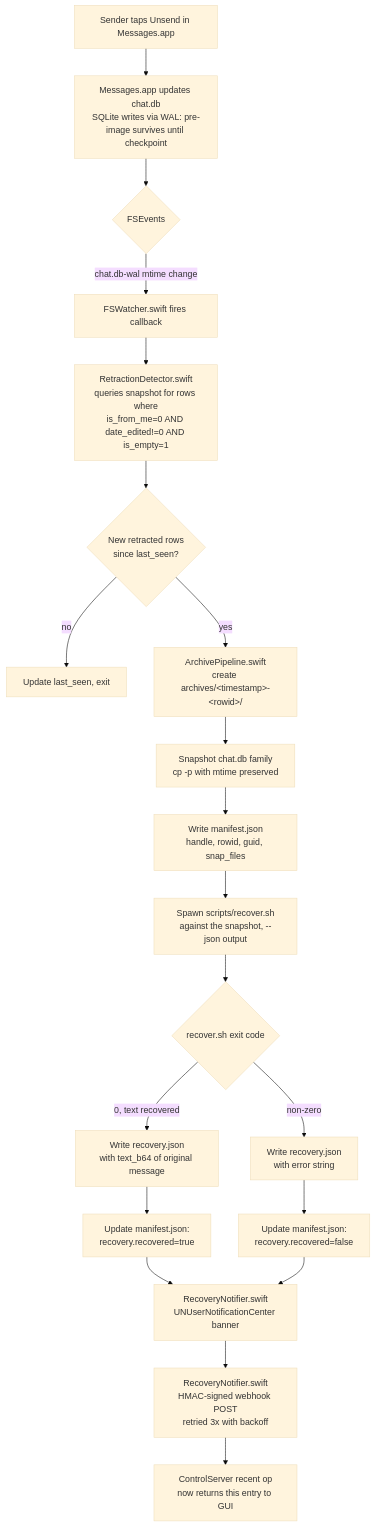
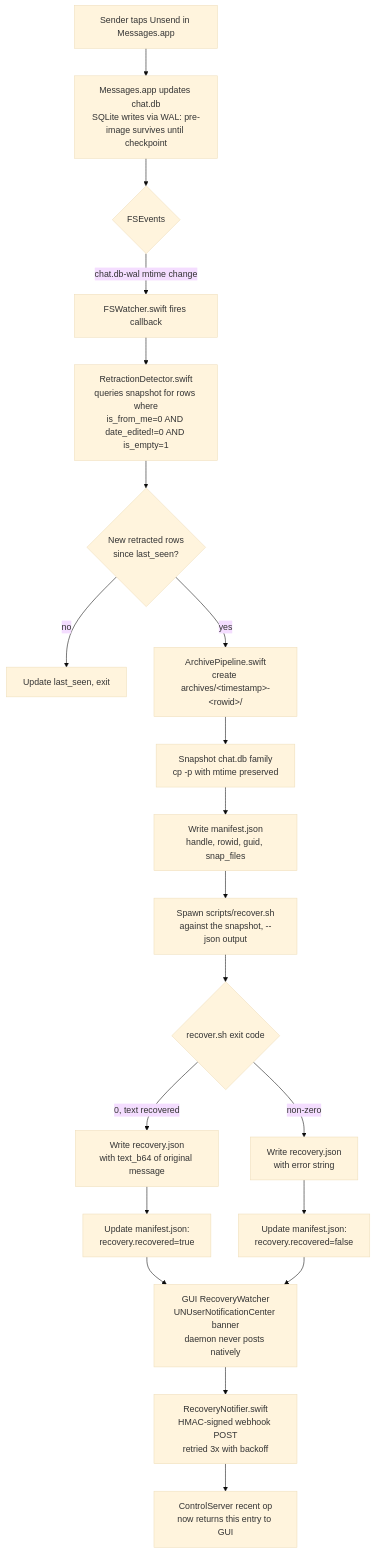
One commit to tyhallcsu/imessage-unsent changed the second of 3 diagrams in docs/architecture.md. Above: the diagram before and after it, drawn with Mermaid (base theme). The commit also changed other lines of this file and 8 other files, not shown here.

````diff
--- a/docs/architecture.md
+++ b/docs/architecture.md
@@ -65,22 +65,22 @@
 ```mermaid
 flowchart TD
     A[Sender taps Unsend in Messages.app] --> B[Messages.app updates chat.db<br/>SQLite writes via WAL: pre-image survives until checkpoint]
     B --> C{FSEvents}
     C -->|chat.db-wal mtime change| D[FSWatcher.swift fires callback]
     D --> E[RetractionDetector.swift<br/>queries snapshot for rows where<br/>is_from_me=0 AND date_edited!=0 AND is_empty=1]
     E --> F{New retracted rows<br/>since last_seen?}
     F -- no --> Z[Update last_seen, exit]
     F -- yes --> G[ArchivePipeline.swift<br/>create archives/&lt;timestamp&gt;-&lt;rowid&gt;/]
     G --> H[Snapshot chat.db family<br/>cp -p with mtime preserved]
     H --> I[Write manifest.json<br/>handle, rowid, guid, snap_files]
     I --> J[Spawn scripts/recover.sh<br/>against the snapshot, --json output]
     J --> K{recover.sh exit code}
     K -- 0, text recovered --> L[Write recovery.json<br/>with text_b64 of original message]
     K -- non-zero --> M[Write recovery.json<br/>with error string]
     L --> N[Update manifest.json:<br/>recovery.recovered=true]
     M --> O[Update manifest.json:<br/>recovery.recovered=false]
-    N --> P[RecoveryNotifier.swift<br/>UNUserNotificationCenter banner]
+    N --> P[GUI RecoveryWatcher<br/>UNUserNotificationCenter banner<br/>daemon never posts natively]
     O --> P
     P --> Q[RecoveryNotifier.swift<br/>HMAC-signed webhook POST<br/>retried 3x with backoff]
     Q --> R[ControlServer recent op<br/>now returns this entry to GUI]
 ```
````
